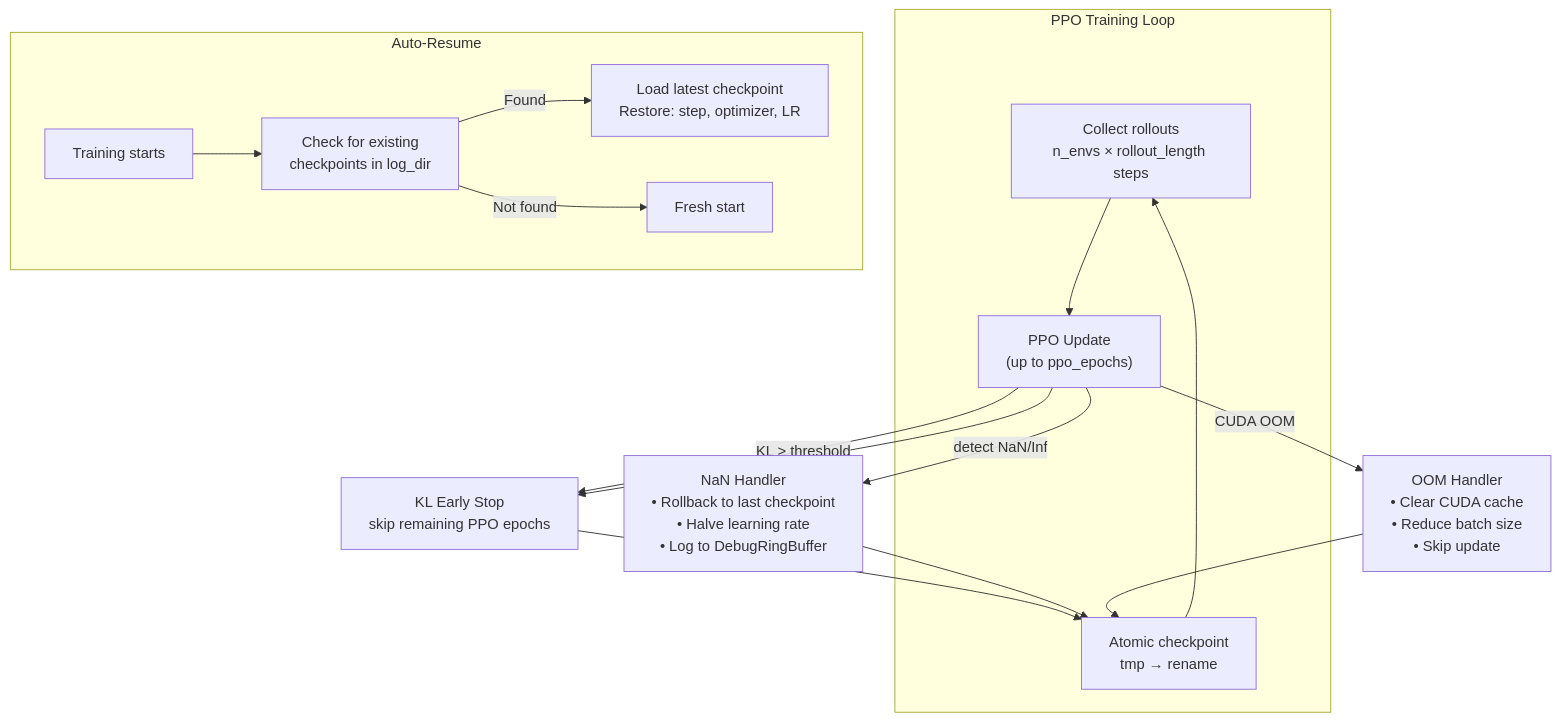
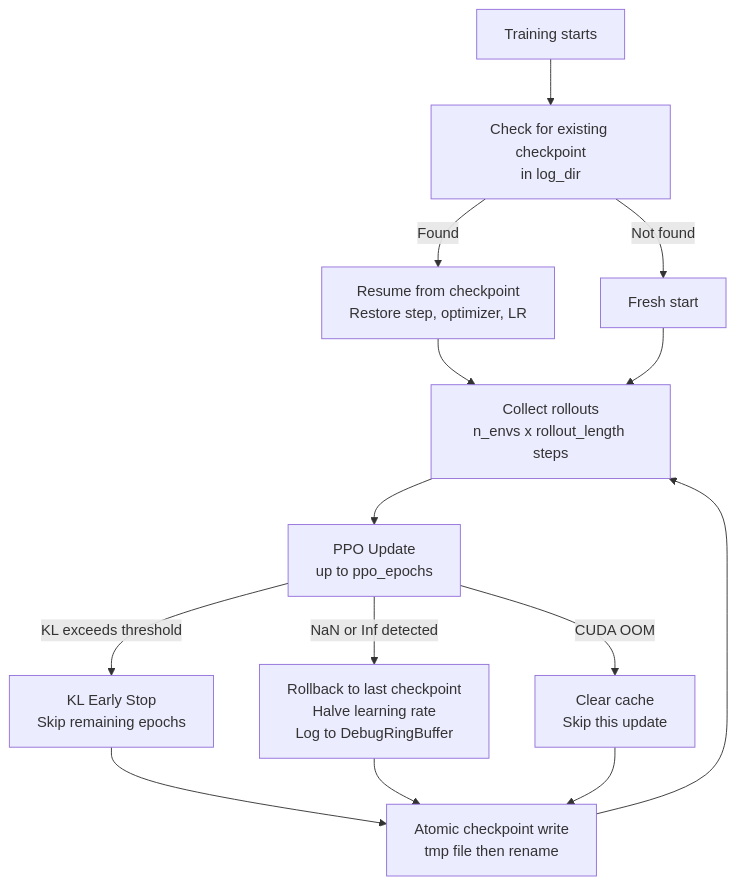
Before and after one commit to didi-09/AI_DRIVEN_SOAR: the tenth of 15 diagrams in README.md, drawn with Mermaid. The commit also changed other lines of this file, not shown here.

````diff
--- a/README.md
+++ b/README.md
@@ -357,24 +334,17 @@
 ```mermaid
 flowchart TD
-    subgraph LOOP["PPO Training Loop"]
-        ROLLOUT["Collect rollouts\nn_envs × rollout_length steps"]
-        UPDATE["PPO Update\n(up to ppo_epochs)"]
-        CKPT["Atomic checkpoint\ntmp → rename"]
-    end
+    START["Training starts"]
+    START --> CHECK["Check for existing checkpoint<br/>in log_dir"]
+    CHECK -->|"Found"| LOAD["Resume from checkpoint<br/>Restore step, optimizer, LR"]
+    CHECK -->|"Not found"| FRESH["Fresh start"]
 
-    ROLLOUT --> UPDATE
-    UPDATE -->|"KL > threshold"| KLEARLY["KL Early Stop\nskip remaining PPO epochs"]
-    UPDATE -->|"detect NaN/Inf"| NANHANDLE["NaN Handler\n• Rollback to last checkpoint\n• Halve learning rate\n• Log to DebugRingBuffer"]
-    UPDATE -->|"CUDA OOM"| OOMHANDLE["OOM Handler\n• Clear CUDA cache\n• Reduce batch size\n• Skip update"]
-    UPDATE --> KLEARLY
-    KLEARLY --> CKPT
-    NANHANDLE --> CKPT
-    OOMHANDLE --> CKPT
+    LOAD & FRESH --> ROLLOUT["Collect rollouts<br/>n_envs x rollout_length steps"]
+    ROLLOUT --> UPDATE["PPO Update<br/>up to ppo_epochs"]
+
+    UPDATE -->|"KL exceeds threshold"| KLEARLY["KL Early Stop<br/>Skip remaining epochs"]
+    UPDATE -->|"NaN or Inf detected"| NANHANDLE["Rollback to last checkpoint<br/>Halve learning rate<br/>Log to DebugRingBuffer"]
+    UPDATE -->|"CUDA OOM"| OOMHANDLE["Clear cache<br/>Skip this update"]
+
+    KLEARLY & NANHANDLE & OOMHANDLE --> CKPT["Atomic checkpoint write<br/>tmp file then rename"]
     CKPT --> ROLLOUT
-
-    subgraph RESUME["Auto-Resume"]
-        START["Training starts"] --> CHECK["Check for existing\ncheckpoints in log_dir"]
-        CHECK -->|"Found"| LOAD["Load latest checkpoint\nRestore: step, optimizer, LR"]
-        CHECK -->|"Not found"| FRESH["Fresh start"]
-    end
 ```
````
